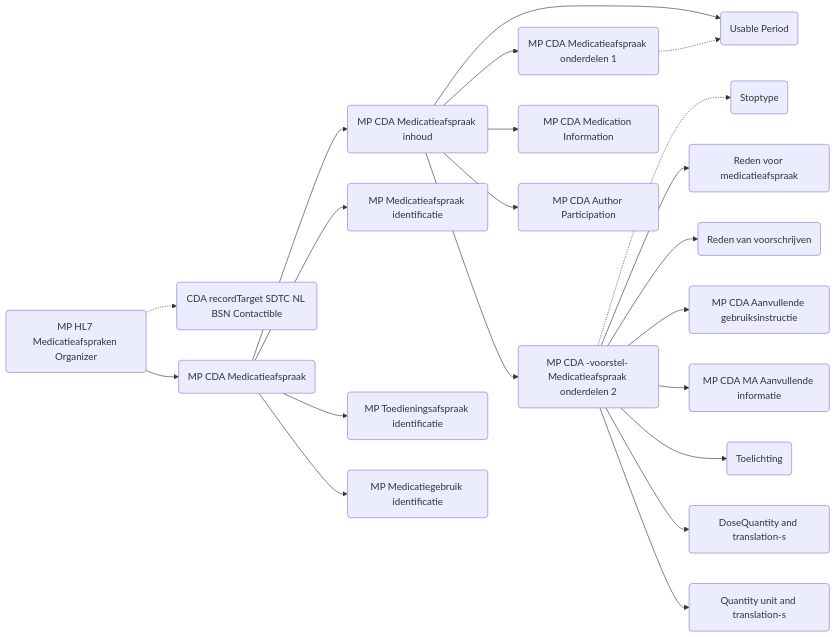
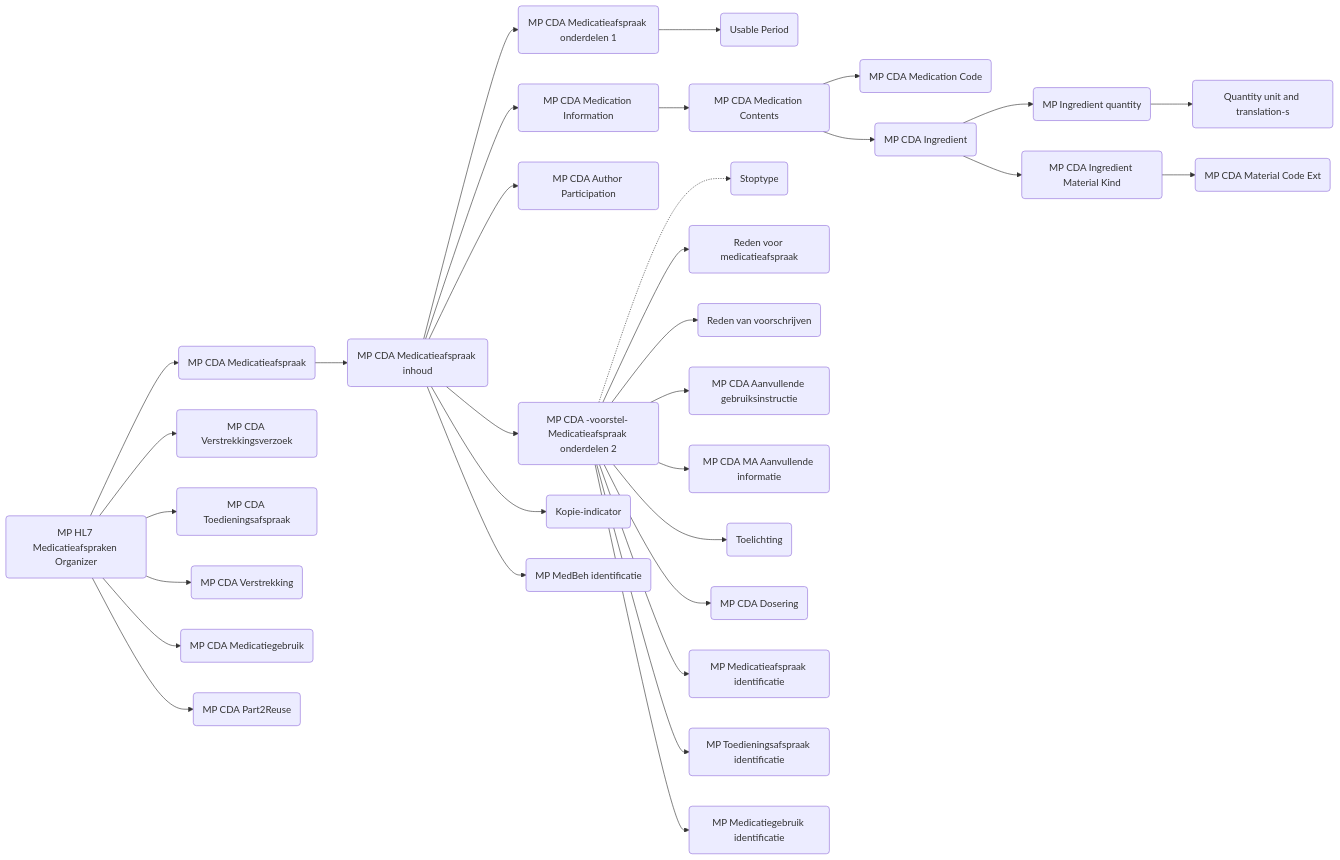
One commit to Duometis/overbrugging changed the second of 2 diagrams in Medication2.md. Above: the diagram before and after it, drawn with Mermaid. The commit also changed other lines of this file, not shown here.

Commit message:
Enhance CDA templates and flowchart in Medication2.md
Updated the flowchart and added detailed descriptions for various CDA templates related to medication agreements.

````diff
--- a/Medication2.md
+++ b/Medication2.md
@@ -32,39 +32,34 @@
 ```mermaid
 flowchart LR
-    %% Root organizer
-    1(MP HL7 Medicatieafspraken Organizer)
-
-    %% Inclusie (header/patiënt)
-    1 -.-> 2(CDA recordTarget SDTC NL BSN Contactible)
-
-    %% Containment van de entry
-    1 --> 3(MP CDA Medicatieafspraak)
-
-    %% Inhoudelijke children van MP CDA Medicatieafspraak
-    3 --> 4(MP CDA Medicatieafspraak inhoud)
-    4 --> 5(MP CDA Medicatieafspraak onderdelen 1)
-    4 --> 6(MP CDA -voorstel- Medicatieafspraak onderdelen 2)
-    4 --> 7(MP CDA Medication Information)
-    4 --> 8(MP CDA Author Participation)
-    4 --> 9(Usable Period)
-
-    %% Inclusie binnen onderdelen 1
-    5 -.-> 9(Usable Period)
-
-    %% EntryRelationships onder onderdelen 2
-    6 -.-> 10(Stoptype)
-    6 --> 11(Reden voor medicatieafspraak)
-    6 --> 12(Reden van voorschrijven)
-    6 --> 13(MP CDA Aanvullende gebruiksinstructie)
-    6 --> 14(MP CDA MA Aanvullende informatie)
-    6 --> 15(Toelichting)
-
-    %% Relaties/identificaties vanuit de Medicatieafspraak
-    3 --> 16(MP Medicatieafspraak identificatie)
-    3 --> 17(MP Toedieningsafspraak identificatie)
-    3 --> 18(MP Medicatiegebruik identificatie)
-
-    %% Doseer-helpers (gebruikt binnen doseerinstructies)
-    6 --> 19(DoseQuantity and translation-s)
-    6 --> 20(Quantity unit and translation-s)
+    1(MP HL7 Medicatieafspraken Organizer) --> 2(MP CDA Medicatieafspraak)
+    2(MP CDA Medicatieafspraak) --> 3(MP CDA Medicatieafspraak inhoud)
+    3(MP CDA Medicatieafspraak inhoud) --> 11(MP CDA Medicatieafspraak onderdelen 1)
+    11(MP CDA Medicatieafspraak onderdelen 1) --> 21(Usable Period)
+    3(MP CDA Medicatieafspraak inhoud) --> 12(MP CDA Medication Information)
+    12(MP CDA Medication Information) --> 31(MP CDA Medication Contents)
+    31(MP CDA Medication Contents) --> 41(MP CDA Medication Code)
+    31(MP CDA Medication Contents) --> 42(MP CDA Ingredient)
+    42(MP CDA Ingredient) --> 51(MP Ingredient quantity)
+    42(MP CDA Ingredient) --> 81(MP CDA Ingredient Material Kind)
+    81(MP CDA Ingredient Material Kind) --> 91(MP CDA Material Code Ext)
+    51(MP Ingredient quantity) --> 52(Quantity unit and translation-s)
+    3(MP CDA Medicatieafspraak inhoud) --> 13(MP CDA Author Participation)
+    3(MP CDA Medicatieafspraak inhoud) --> 15(Kopie-indicator)
+    3(MP CDA Medicatieafspraak inhoud) --> 16(MP MedBeh identificatie)
+    3(MP CDA Medicatieafspraak inhoud) --> 14(MP CDA -voorstel- Medicatieafspraak onderdelen 2)
+    1(MP HL7 Medicatieafspraken Organizer) --> 4(MP CDA Verstrekkingsverzoek)
+    1(MP HL7 Medicatieafspraken Organizer) --> 5(MP CDA Toedieningsafspraak)
+    1(MP HL7 Medicatieafspraken Organizer) --> 6(MP CDA Verstrekking)
+    1(MP HL7 Medicatieafspraken Organizer) --> 7(MP CDA Medicatiegebruik)
+    1(MP HL7 Medicatieafspraken Organizer) --> 8(MP CDA Part2Reuse)
+    14(MP CDA -voorstel- Medicatieafspraak onderdelen 2) -.-> 61(Stoptype)
+    14(MP CDA -voorstel- Medicatieafspraak onderdelen 2) --> 62(Reden voor medicatieafspraak)
+    14(MP CDA -voorstel- Medicatieafspraak onderdelen 2) --> 63(Reden van voorschrijven)
+    14(MP CDA -voorstel- Medicatieafspraak onderdelen 2) --> 64(MP CDA Aanvullende gebruiksinstructie)
+    14(MP CDA -voorstel- Medicatieafspraak onderdelen 2) --> 65(MP CDA MA Aanvullende informatie)
+    14(MP CDA -voorstel- Medicatieafspraak onderdelen 2) --> 66(Toelichting)
+    14(MP CDA -voorstel- Medicatieafspraak onderdelen 2) --> 67(MP CDA Dosering)
+    14(MP CDA -voorstel- Medicatieafspraak onderdelen 2) --> 68(MP Medicatieafspraak identificatie)
+    14(MP CDA -voorstel- Medicatieafspraak onderdelen 2) --> 69(MP Toedieningsafspraak identificatie)
+    14(MP CDA -voorstel- Medicatieafspraak onderdelen 2) --> 70(MP Medicatiegebruik identificatie)
 ```
````
